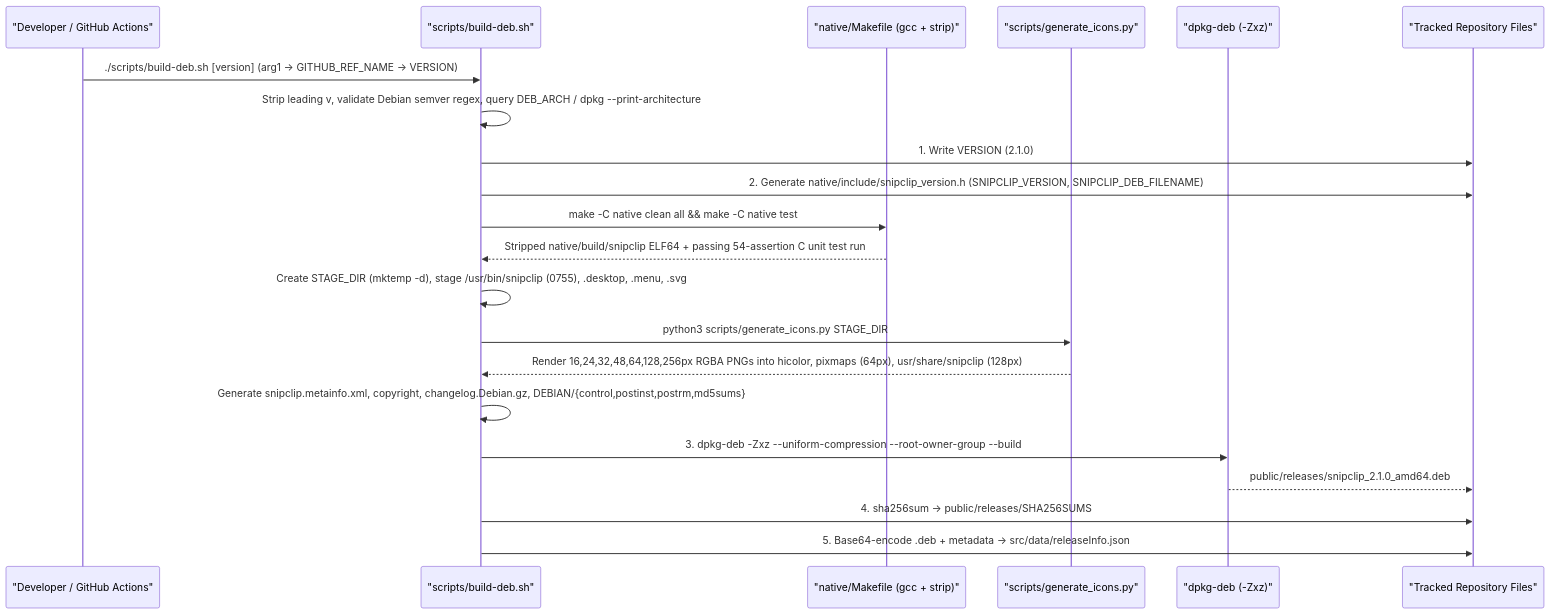
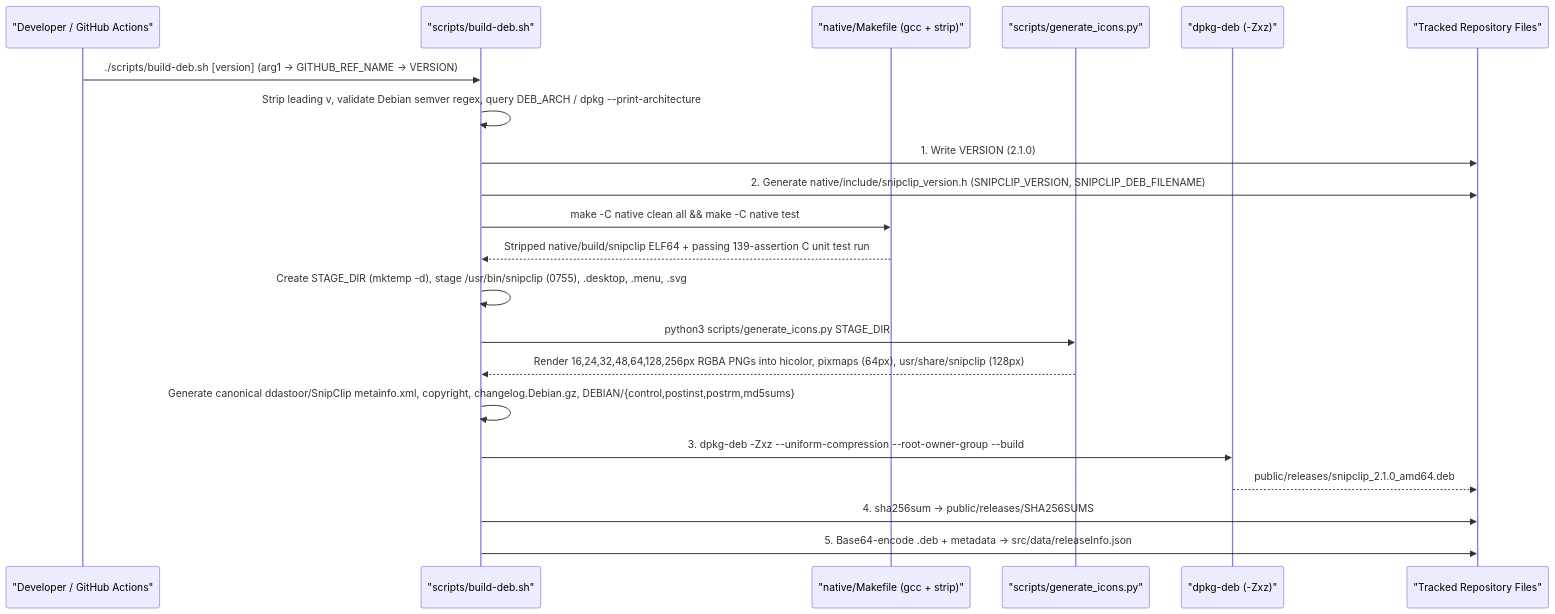
The third of 3 diagrams in SPEC.md (ddastoor/SnipClip), drawn with Mermaid before and after one commit. The commit also changed other lines of this file and 2 other files, not shown here.

````diff
--- a/SPEC.md
+++ b/SPEC.md
@@ -299,24 +314,24 @@
 ```mermaid
 sequenceDiagram
     participant Dev as "Developer / GitHub Actions"
     participant Script as "scripts/build-deb.sh"
     participant Make as "native/Makefile (gcc + strip)"
     participant Icons as "scripts/generate_icons.py"
     participant Dpkg as "dpkg-deb (-Zxz)"
     participant Repo as "Tracked Repository Files"
 
     Dev->>Script: ./scripts/build-deb.sh [version] (arg1 -> GITHUB_REF_NAME -> VERSION)
     Script->>Script: Strip leading v, validate Debian semver regex, query DEB_ARCH / dpkg --print-architecture
     Script->>Repo: 1. Write VERSION (2.1.0)
     Script->>Repo: 2. Generate native/include/snipclip_version.h (SNIPCLIP_VERSION, SNIPCLIP_DEB_FILENAME)
     Script->>Make: make -C native clean all && make -C native test
-    Make-->>Script: Stripped native/build/snipclip ELF64 + passing 54-assertion C unit test run
+    Make-->>Script: Stripped native/build/snipclip ELF64 + passing 139-assertion C unit test run
     Script->>Script: Create STAGE_DIR (mktemp -d), stage /usr/bin/snipclip (0755), .desktop, .menu, .svg
     Script->>Icons: python3 scripts/generate_icons.py STAGE_DIR
     Icons-->>Script: Render 16,24,32,48,64,128,256px RGBA PNGs into hicolor, pixmaps (64px), usr/share/snipclip (128px)
-    Script->>Script: Generate snipclip.metainfo.xml, copyright, changelog.Debian.gz, DEBIAN/{control,postinst,postrm,md5sums}
+    Script->>Script: Generate canonical ddastoor/SnipClip metainfo.xml, copyright, changelog.Debian.gz, DEBIAN/{control,postinst,postrm,md5sums}
     Script->>Dpkg: 3. dpkg-deb -Zxz --uniform-compression --root-owner-group --build
     Dpkg-->>Repo: public/releases/snipclip_2.1.0_amd64.deb
     Script->>Repo: 4. sha256sum -> public/releases/SHA256SUMS
     Script->>Repo: 5. Base64-encode .deb + metadata -> src/data/releaseInfo.json
 ```
````
